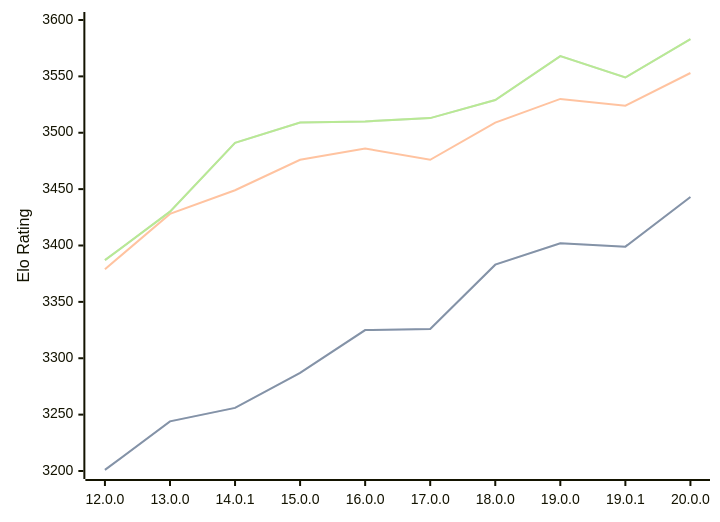
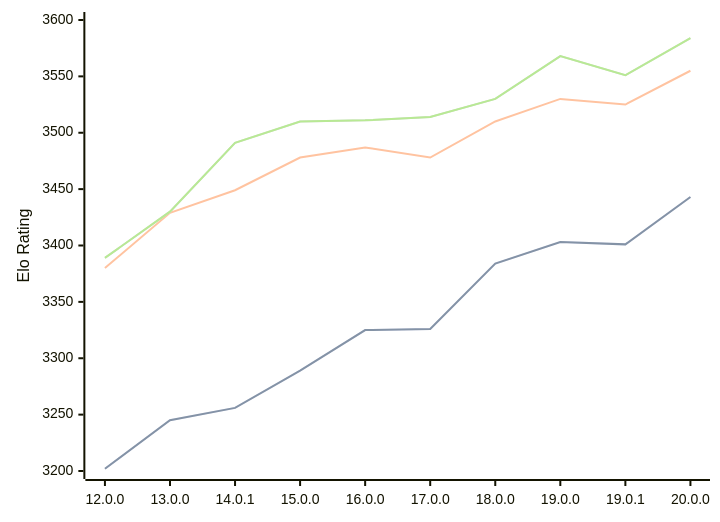
Before and after one commit to computer-chess-index/cci: the diagram in engines/Viridithas.md, drawn with Mermaid. The commit also changed other lines of this file, not shown here.

Commit message:
Update CCI Ratings (ELO VLTC) - 2026-08-21

````diff
--- a/engines/Viridithas.md
+++ b/engines/Viridithas.md
@@ -40,11 +40,11 @@
 ```mermaid
 %%{init: {"theme":"base","themeVariables":{"seriesColors:['#a3a3a3','#222221','#faa371']}}}%%
 xychart-beta
   x-axis ["12.0.0", "13.0.0", "14.0.1", "15.0.0", "16.0.0", "17.0.0", "18.0.0", "19.0.0", "19.0.1", "20.0.0"]
   y-axis "Elo Rating" 3200 --> 3600
-  line "STC (8.0+0.08s)" [3201, 3244, 3256, 3287, 3325, 3326, 3383, 3402, 3399, 3443]
-  line "STC (8.0+0.08s)" [3201, 3244, 3256, 3287, 3325, 3326, 3383, 3402, 3399, 3443]
-  line "LTC (60.0+0.60s)" [3379, 3428, 3449, 3476, 3486, 3476, 3509, 3530, 3524, 3553]
-  line "VLTC (2m24s+1.12s)" [3387, 3430, 3491, 3509, 3510, 3513, 3529, 3568, 3549, 3583]
-  line "VLTC (2m24s+1.12s)" [3387, 3430, 3491, 3509, 3510, 3513, 3529, 3568, 3549, 3583]
+  line "STC (8.0+0.08s)" [3202, 3245, 3256, 3289, 3325, 3326, 3384, 3403, 3401, 3443]
+  line "STC (8.0+0.08s)" [3202, 3245, 3256, 3289, 3325, 3326, 3384, 3403, 3401, 3443]
+  line "LTC (60.0+0.60s)" [3380, 3429, 3449, 3478, 3487, 3478, 3510, 3530, 3525, 3555]
+  line "VLTC (2m24s+1.12s)" [3389, 3430, 3491, 3510, 3511, 3514, 3530, 3568, 3551, 3584]
+  line "VLTC (2m24s+1.12s)" [3389, 3430, 3491, 3510, 3511, 3514, 3530, 3568, 3551, 3584]
 ```
````
